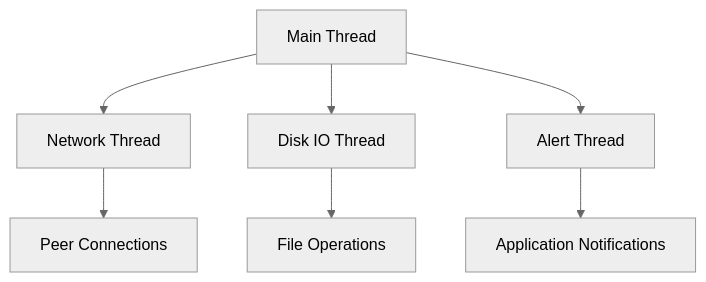
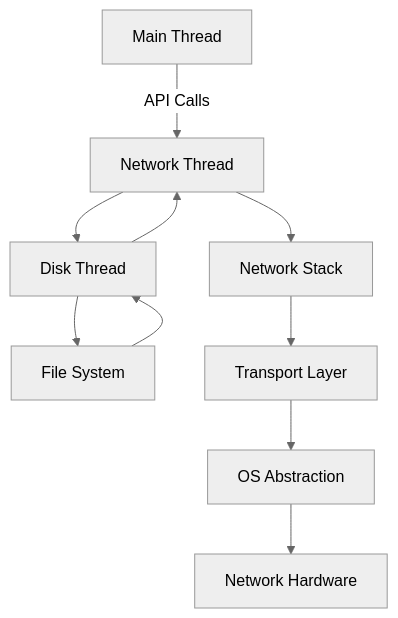
Before and after one commit to procrash/mkdocs_on_steroids: the third of 3 diagrams in docs/generated/01-architecture.md, drawn with Mermaid (neutral theme). The commit also changed other lines of this file and 205 other files, not shown here.

````diff
--- a/docs/generated/01-architecture.md
+++ b/docs/generated/01-architecture.md
@@ -241,9 +307,12 @@
 ```mermaid
 graph TD
-    A[Main Thread] --> B[Network Thread]
-    A --> C[Disk IO Thread]
-    A --> D[Alert Thread]
-    B --> E[Peer Connections]
-    C --> F[File Operations]
-    D --> G[Application Notifications]
+    A[Main Thread] -->|API Calls| B[Network Thread]
+    B --> C[Disk Thread]
+    C --> D[File System]
+    D --> C
+    C --> B
+    B --> E[Network Stack]
+    E --> F[Transport Layer]
+    F --> G[OS Abstraction]
+    G --> H[Network Hardware]
 ```
````
